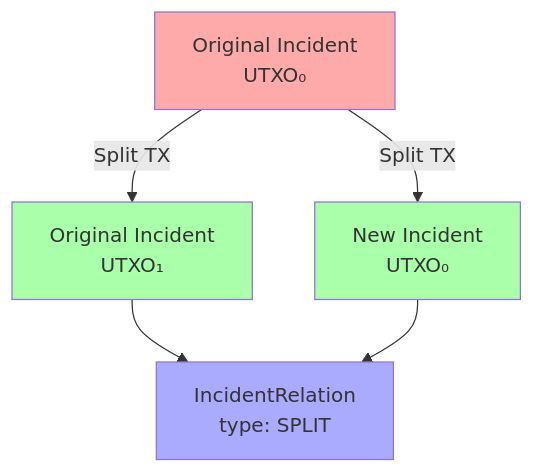
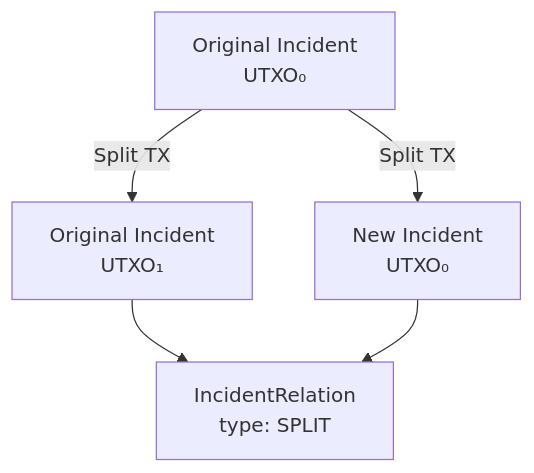
The fifth of 12 diagrams in docs/readme-functions.md (frogitzamna-wq/cad), drawn with Mermaid before and after one commit. The commit also changed other lines of this file and 2 other files, not shown here.

````diff
--- a/docs/readme-functions.md
+++ b/docs/readme-functions.md
@@ -215,13 +214,9 @@
 ```mermaid
 graph TD
     O[Original Incident<br/>UTXO₀] -->|Split TX| S1[Original Incident<br/>UTXO₁]
     O -->|Split TX| S2[New Incident<br/>UTXO₀]
     
     S1 --> R1[IncidentRelation<br/>type: SPLIT]
     S2 --> R1
     
-    style O fill:#faa
-    style S1 fill:#afa
-    style S2 fill:#afa
-    style R1 fill:#aaf
 ```
````
